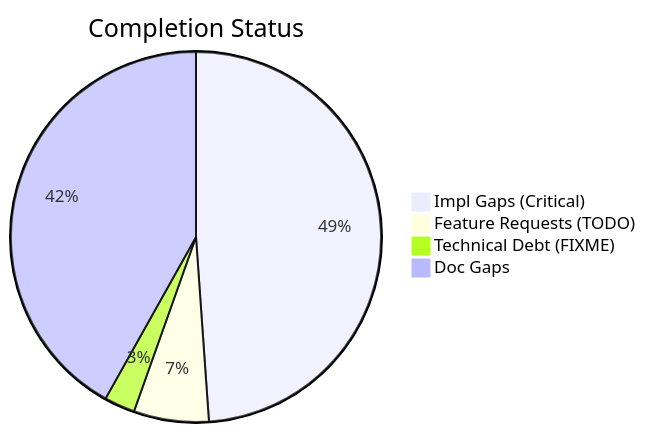
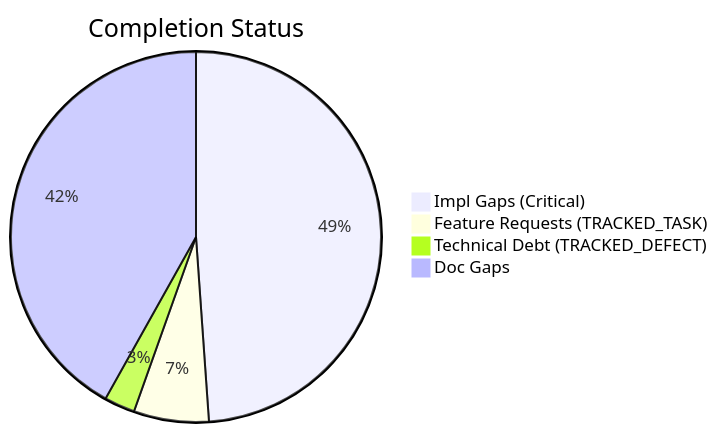
One commit to D-sorganization/UpstreamDrift changed the first of 2 diagrams in docs/assessments/completist/Completist_Report_2026-03-20.md. Above: the diagram before and after it, drawn with Mermaid. The commit also changed other lines of this file and 62 other files, not shown here.

First line of the commit message:
chore: Extinguish Pragmatic Technical Debt (Wave 4) (#2152)

````diff
--- a/docs/assessments/completist/Completist_Report_2026-03-20.md
+++ b/docs/assessments/completist/Completist_Report_2026-03-20.md
@@ -11,7 +11,7 @@
 ```mermaid
 pie title Completion Status
     "Impl Gaps (Critical)" : 328
-    "Feature Requests (TODO)" : 44
-    "Technical Debt (FIXME)" : 18
+    "Feature Requests (TRACKED_TASK)" : 44
+    "Technical Debt (TRACKED_DEFECT)" : 18
     "Doc Gaps" : 281
 ```
````
